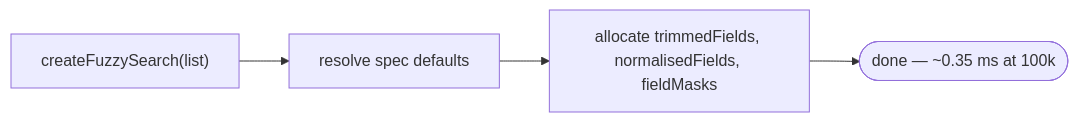
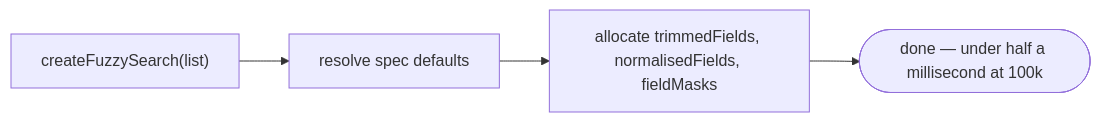
The first of 2 diagrams in docs/pipeline.md (MMMikeM/ekrina), drawn with Mermaid before and after one commit. The commit also changed other lines of this file and 1 other file, not shown here.

````diff
--- a/docs/pipeline.md
+++ b/docs/pipeline.md
@@ -11,6 +11,6 @@
 ```mermaid
 flowchart LR
     L["createFuzzySearch(list)"] --> S["resolve spec defaults"]
     S --> B["allocate trimmedFields, normalisedFields, fieldMasks"]
-    B --> D(["done — ~0.35 ms at 100k"])
+    B --> D(["done — under half a millisecond at 100k"])
 ```
````
